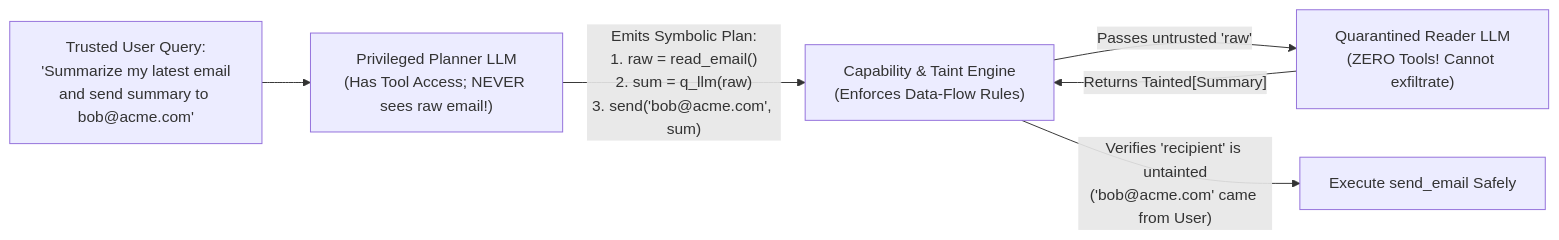
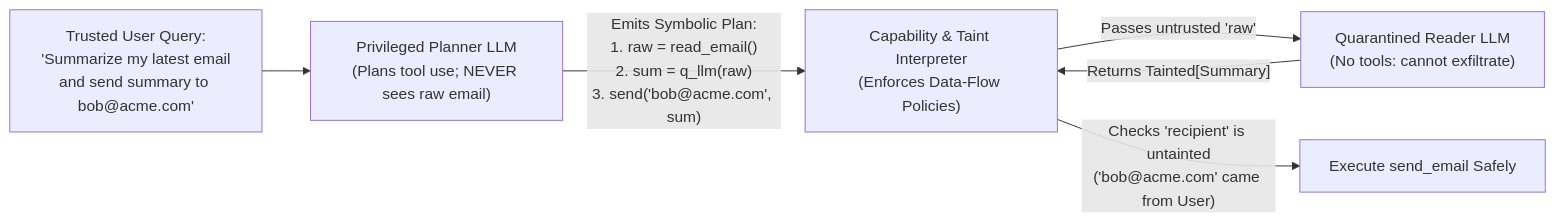
One commit to Rajdipc/agentic-ai-orchestration-patterns changed the second of 2 diagrams in chapter-12-agentic-security-identity-and-sandboxing.md. Above: the diagram before and after it, drawn with Mermaid. The commit also changed other lines of this file and 18 other files, not shown here.

````diff
--- a/chapter-12-agentic-security-identity-and-sandboxing.md
+++ b/chapter-12-agentic-security-identity-and-sandboxing.md
@@ -57,10 +82,10 @@
 ```mermaid
 flowchart LR
-    User["Trusted User Query:\n'Summarize my latest email\nand send summary to bob@acme.com'"] --> Priv["Privileged Planner LLM\n(Has Tool Access; NEVER sees raw email!)"]
+    User["Trusted User Query:<br/>'Summarize my latest email<br/>and send summary to bob@acme.com'"] --> Priv["Privileged Planner LLM<br/>(Plans tool use; NEVER sees raw email)"]
 
-    Priv -- "Emits Symbolic Plan:\n1. raw = read_email()\n2. sum = q_llm(raw)\n3. send('bob@acme.com', sum)" --> Policy["Capability & Taint Engine\n(Enforces Data-Flow Rules)"]
+    Priv -- "Emits Symbolic Plan:<br/>1. raw = read_email()<br/>2. sum = q_llm(raw)<br/>3. send('bob@acme.com', sum)" --> Policy["Capability & Taint Interpreter<br/>(Enforces Data-Flow Policies)"]
 
-    Policy -- "Passes untrusted 'raw'" --> Quar["Quarantined Reader LLM\n(ZERO Tools! Cannot exfiltrate)"]
+    Policy -- "Passes untrusted 'raw'" --> Quar["Quarantined Reader LLM<br/>(No tools: cannot exfiltrate)"]
     Quar -- "Returns Tainted[Summary]" --> Policy
-    Policy -- "Verifies 'recipient' is untainted\n('bob@acme.com' came from User)" --> Exec["Execute send_email Safely"]
+    Policy -- "Checks 'recipient' is untainted<br/>('bob@acme.com' came from User)" --> Exec["Execute send_email Safely"]
 ```
````
